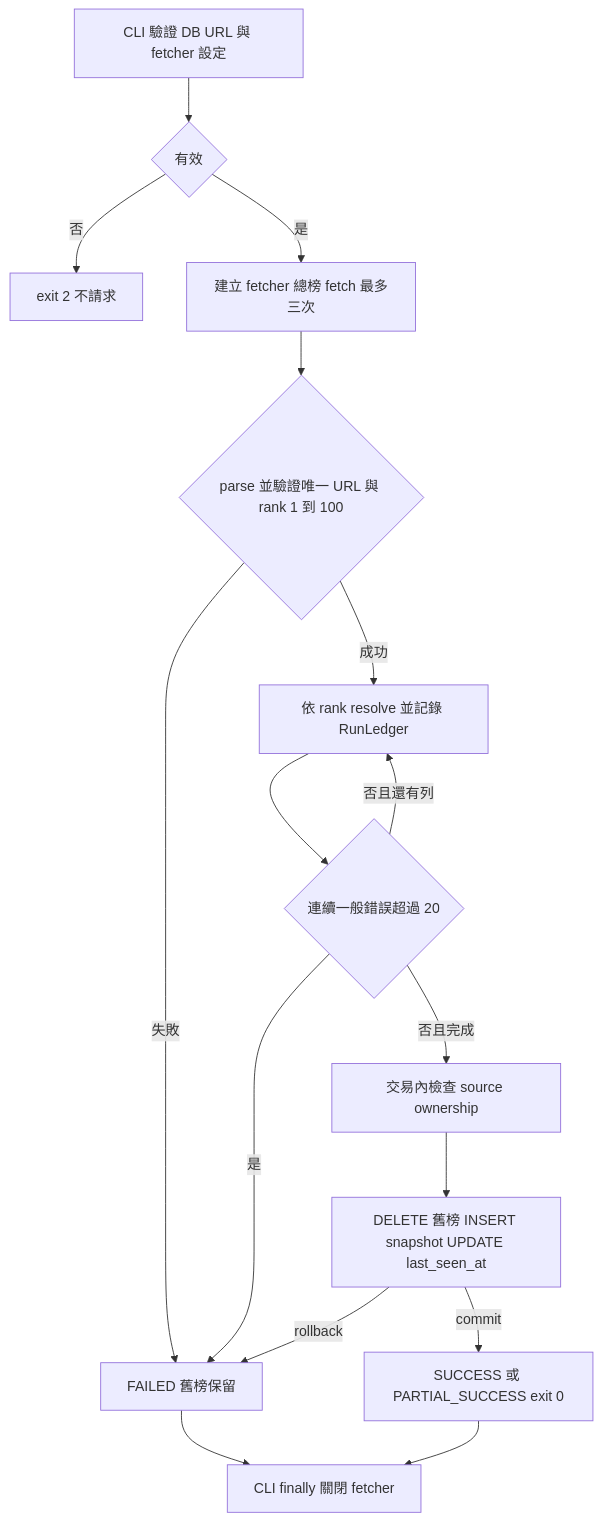
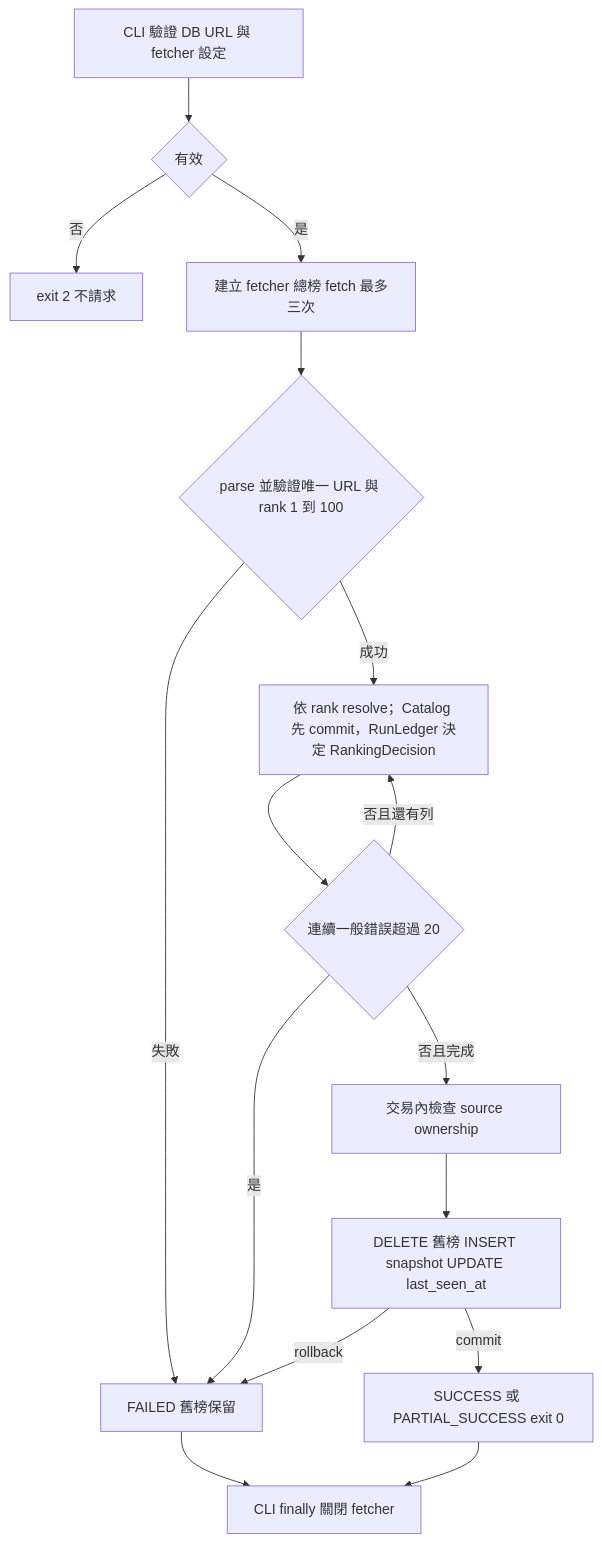
One commit to Arthur801/Book-Finder changed the first of 4 diagrams in crawler/docs/workflow-diagram.md. Above: the diagram before and after it, drawn with Mermaid. The commit also changed other lines of this file and 7 other files, not shown here.

````diff
--- a/crawler/docs/workflow-diagram.md
+++ b/crawler/docs/workflow-diagram.md
@@ -21,18 +21,18 @@
 ```mermaid
 flowchart TD
  A[CLI 驗證 DB URL 與 fetcher 設定] --> B{有效}
  B -->|否| Z[exit 2 不請求]
  B -->|是| C[建立 fetcher 總榜 fetch 最多三次]
  C --> D{parse 並驗證唯一 URL 與 rank 1 到 100}
  D -->|失敗| F[FAILED 舊榜保留]
- D -->|成功| E[依 rank resolve 並記錄 RunLedger]
+ D -->|成功| E[依 rank resolve；Catalog 先 commit，RunLedger 決定 RankingDecision]
  E --> G{連續一般錯誤超過 20}
  G -->|是| F
  G -->|否且還有列| E
  G -->|否且完成| H[交易內檢查 source ownership]
  H --> I[DELETE 舊榜 INSERT snapshot UPDATE last_seen_at]
  I -->|rollback| F
  I -->|commit| J[SUCCESS 或 PARTIAL_SUCCESS exit 0]
  F --> K[CLI finally 關閉 fetcher]
  J --> K
 ```
````
